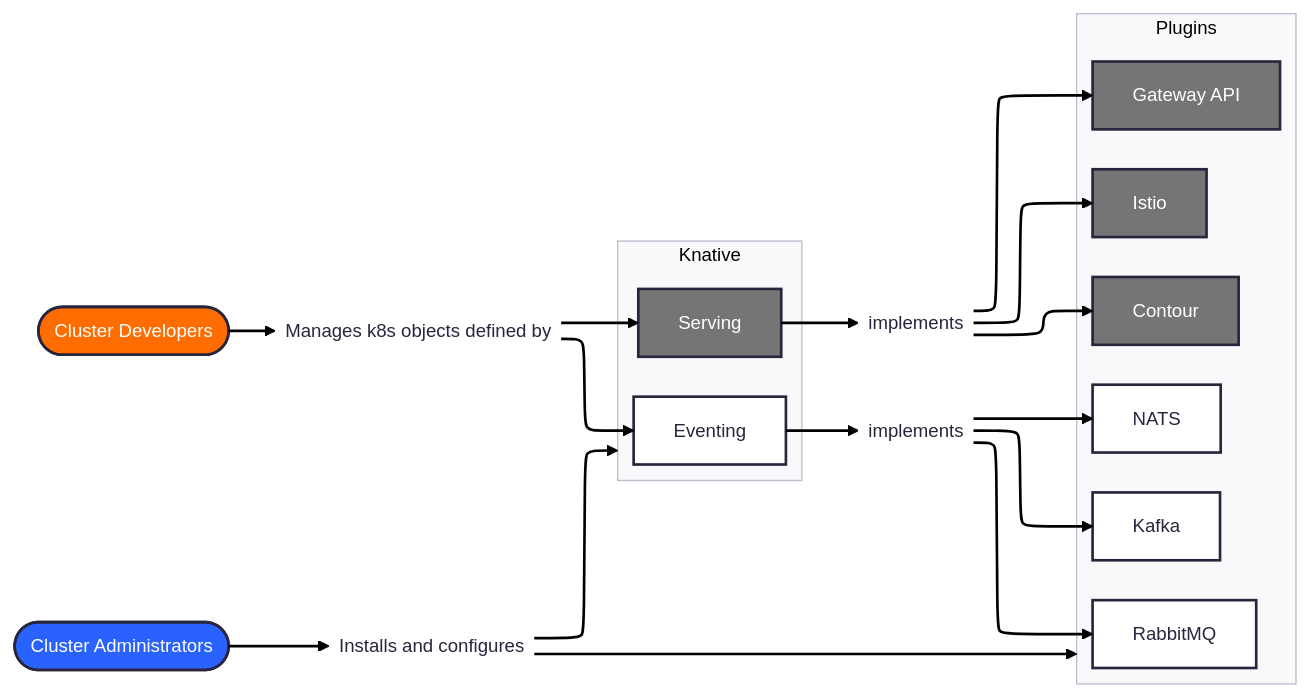
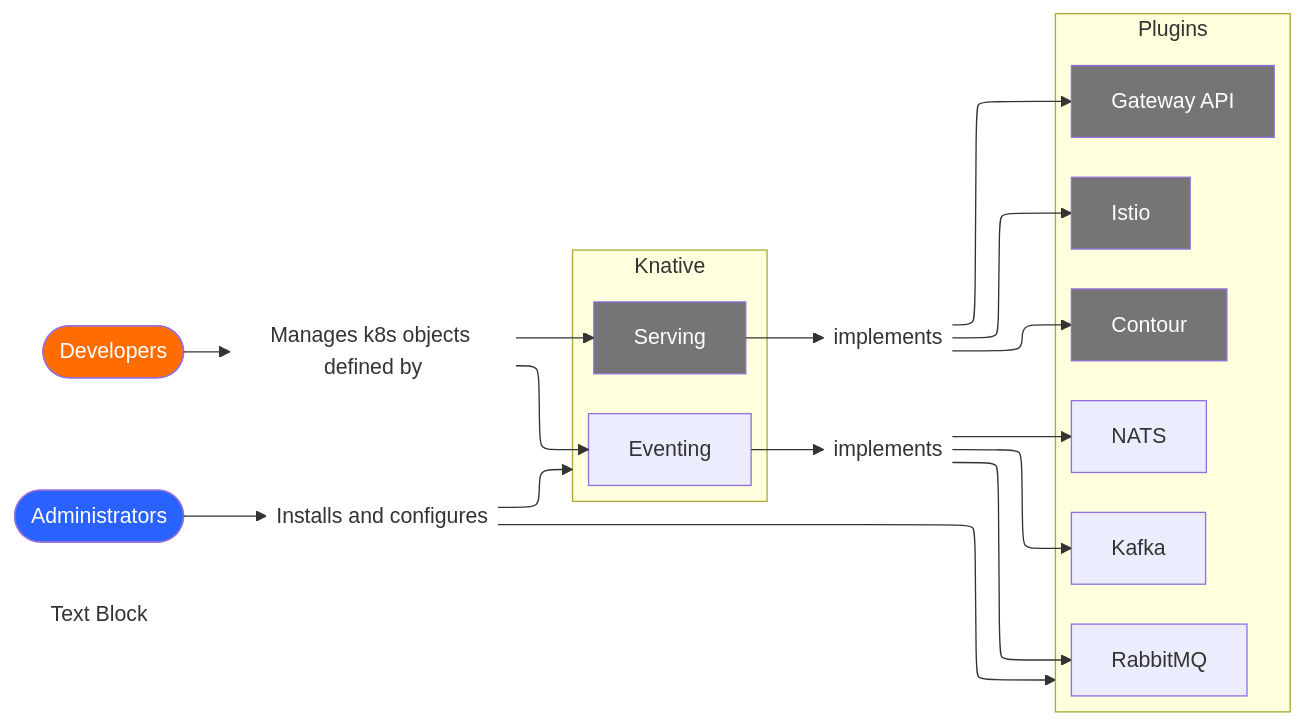
One commit to knative/docs changed the diagram in docs/versioned/admin/admin-overview.md. Above: the diagram before and after it, drawn with Mermaid.

Commit message:
Update admin-overview.md
Graphic testing

````diff
--- a/docs/versioned/admin/admin-overview.md
+++ b/docs/versioned/admin/admin-overview.md
@@ -12,41 +12,44 @@
 ```mermaid
 ---
 config:
-  theme: redux
+  theme: mc
   layout: elk
   look: classic
 ---
 flowchart LR
  subgraph Knative["Knative"]
     direction LR
         Serving["Serving"]
         Eventing["Eventing"]
   end
  subgraph Plugins["Plugins"]
     direction LR
         net-istio["Istio"]
         net-contour["Contour"]
         net-gateway-api["Gateway API"]
         event-kafka["Kafka"]
         event-rabbitmq["RabbitMQ"]
         event-nats["NATS"]
   end
-    Dev(["Cluster Developers"]) --> dev-acts["Manages k8s objects defined by"]
+    Dev(["Developers"]) --> dev-acts["Manages k8s objects defined by"]
     dev-acts --> Serving & Eventing
-    Admin(["Cluster Administrators"]) --> admin-acts["Installs and configures"]
+    Admin(["Administrators"]) --> admin-acts["Installs and configures"]
     admin-acts --> Knative & Plugins
     Serving --> net-impl["implements"]
     net-impl --> net-istio & net-contour & net-gateway-api
     Eventing --> event-impl["implements"]
     event-impl --> event-kafka & event-rabbitmq & event-nats
+    n1["Text Block"]
     dev-acts@{ shape: text}
     admin-acts@{ shape: text}
     net-impl@{ shape: text}
     event-impl@{ shape: text}
+    n1@{ shape: text}
     style Serving fill:#757575,color:#FFFFFF
     style net-istio fill:#757575,color:#FFFFFF
     style net-contour fill:#757575,color:#FFFFFF
     style net-gateway-api fill:#757575,color:#FFFFFF
     style Dev fill:#FF6D00,color:#FFFFFF
     style Admin fill:#2962FF,color:#FFFFFF
+
 ```
````
